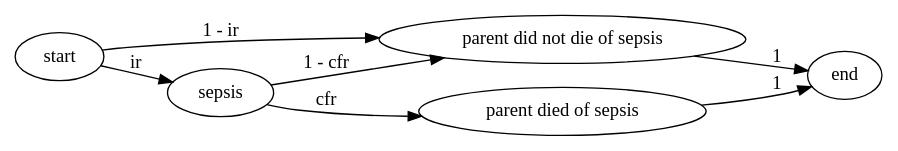
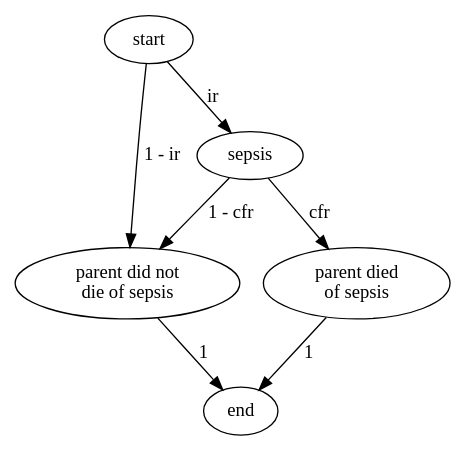
The diagram in docs/source/models/causes/maternal_disorders/gbd_2021_mncnh/maternal_sepsis.rst (ihmeuw/vivarium_research), drawn with Graphviz before and after one commit. The commit also changed 9 other files, not shown here.

First line of the commit message:
Make graphviz cause model diagrams more compact and vertical

```diff
--- a/docs/source/models/causes/maternal_disorders/gbd_2021_mncnh/maternal_sepsis.rst
+++ b/docs/source/models/causes/maternal_disorders/gbd_2021_mncnh/maternal_sepsis.rst
@@ -168,16 +168,15 @@
 .. graphviz::
 
     digraph sepsis_decisions {
-        rankdir = LR;
         start [label="start"]
         end [label="end"]
-        alive [label="parent did not die of sepsis"]
-        dead [label="parent died of sepsis"]
+        alive [label="parent did not\ndie of sepsis"]
+        dead [label="parent died\nof sepsis"]
 
         start -> alive  [label = "1 - ir"]
         start -> sepsis [label = "ir"]
         sepsis -> alive [label = "1 - cfr"]
         sepsis -> dead [label = "cfr"]
         alive -> end  [label = "1"]
         dead -> end  [label = "1"]
     }
```
